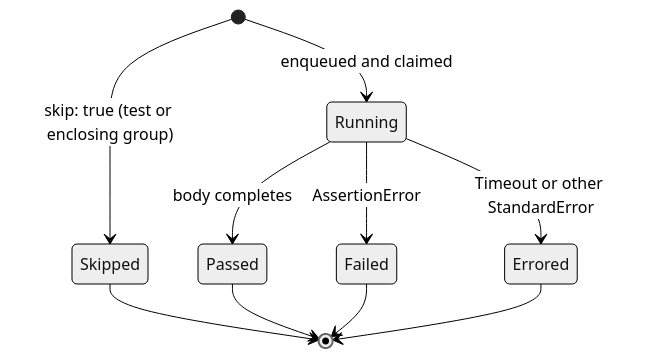
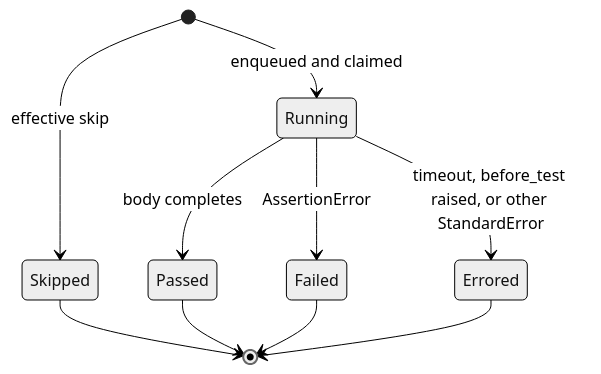
Before and after one commit to phaedryx/verity: the third of 3 diagrams in README.md, drawn with Mermaid (neutral theme). The commit also changed other lines of this file, not shown here.

````diff
--- a/README.md
+++ b/README.md
@@ -112,12 +376,12 @@
 ```mermaid
 stateDiagram-v2
-    [*] --> Skipped: skip: true (test or enclosing group)
+    [*] --> Skipped: effective skip
     [*] --> Running: enqueued and claimed
     Running --> Passed: body completes
     Running --> Failed: AssertionError
-    Running --> Errored: Timeout or other StandardError
+    Running --> Errored: timeout, before_test raised, or other StandardError
     Skipped --> [*]
     Passed --> [*]
     Failed --> [*]
     Errored --> [*]
 ```
````
